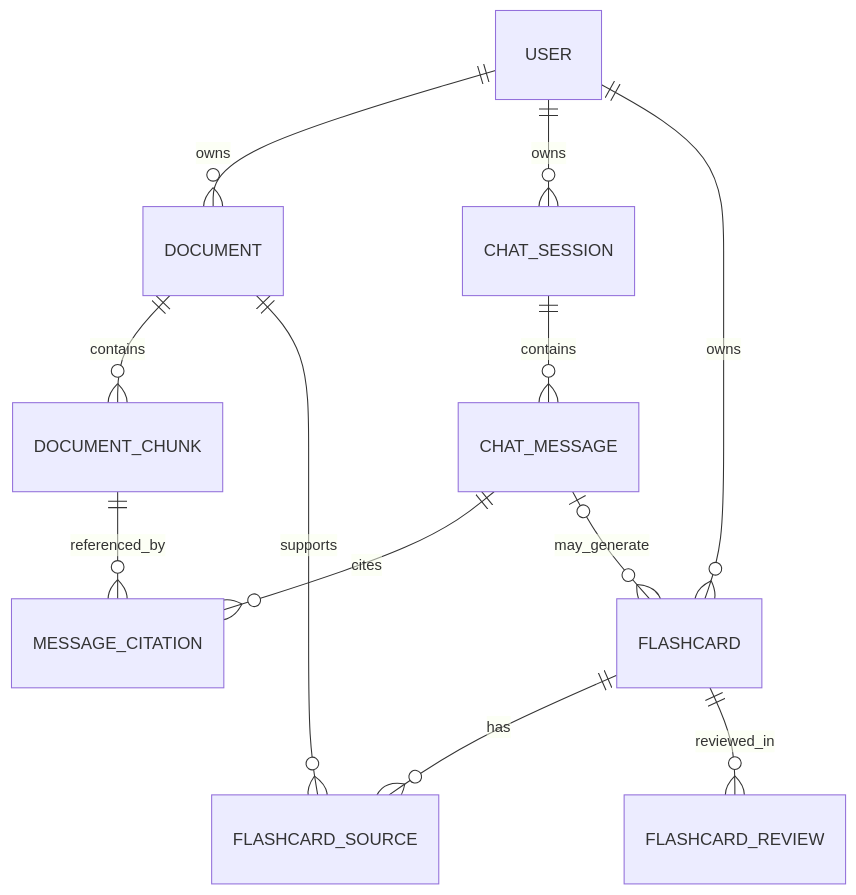
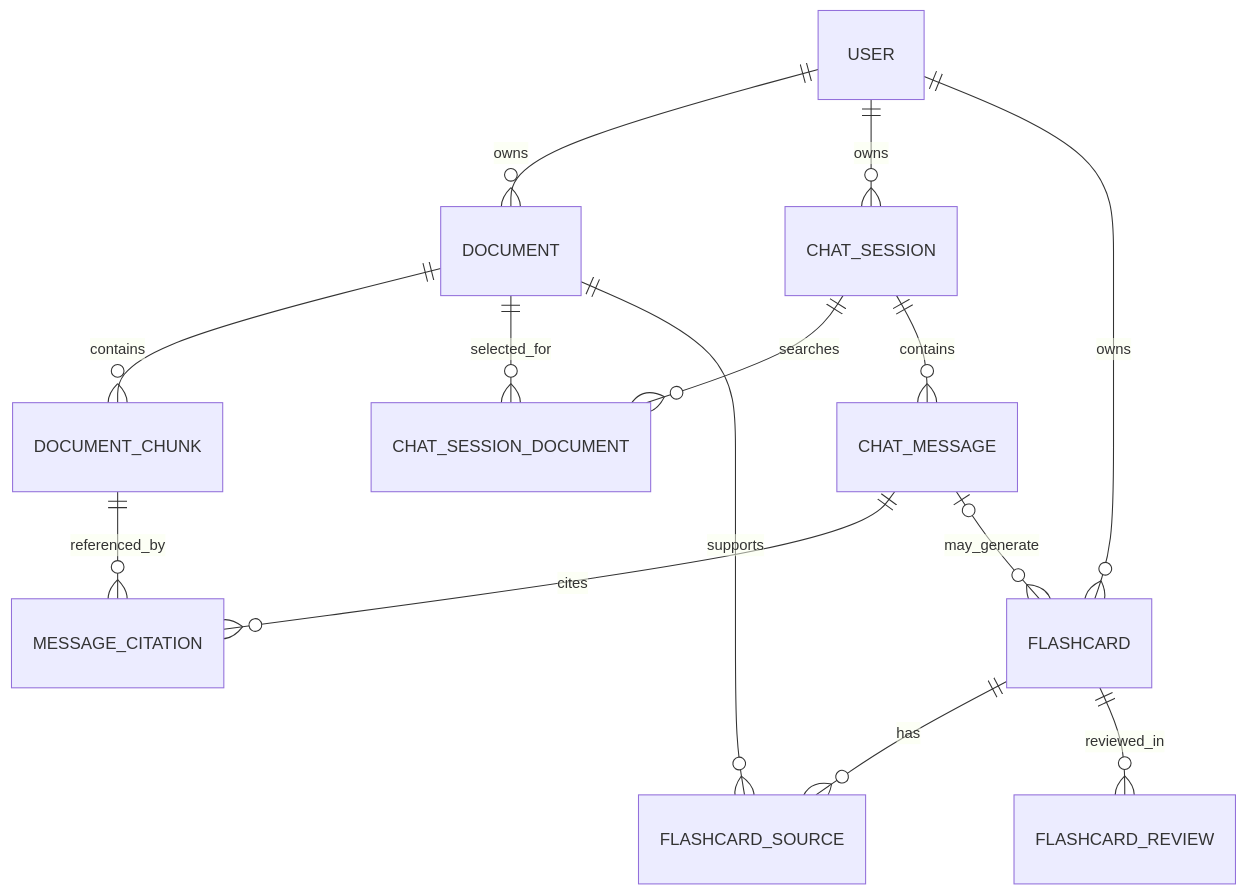
Before and after one commit to jiejie0624/MemoCard-AI: the diagram in docs/database-design.md, drawn with Mermaid. The commit also changed other lines of this file and 43 other files, not shown here.

```diff
--- a/docs/database-design.md
+++ b/docs/database-design.md
@@ -20,14 +20,16 @@
 ~~~mermaid
 erDiagram
     USER ||--o{ DOCUMENT : owns
     DOCUMENT ||--o{ DOCUMENT_CHUNK : contains
     USER ||--o{ CHAT_SESSION : owns
+    CHAT_SESSION ||--o{ CHAT_SESSION_DOCUMENT : searches
+    DOCUMENT ||--o{ CHAT_SESSION_DOCUMENT : selected_for
     CHAT_SESSION ||--o{ CHAT_MESSAGE : contains
     CHAT_MESSAGE ||--o{ MESSAGE_CITATION : cites
     DOCUMENT_CHUNK ||--o{ MESSAGE_CITATION : referenced_by
     USER ||--o{ FLASHCARD : owns
     CHAT_MESSAGE o|--o{ FLASHCARD : may_generate
     FLASHCARD ||--o{ FLASHCARD_SOURCE : has
     DOCUMENT ||--o{ FLASHCARD_SOURCE : supports
     FLASHCARD ||--o{ FLASHCARD_REVIEW : reviewed_in
 ~~~
```
